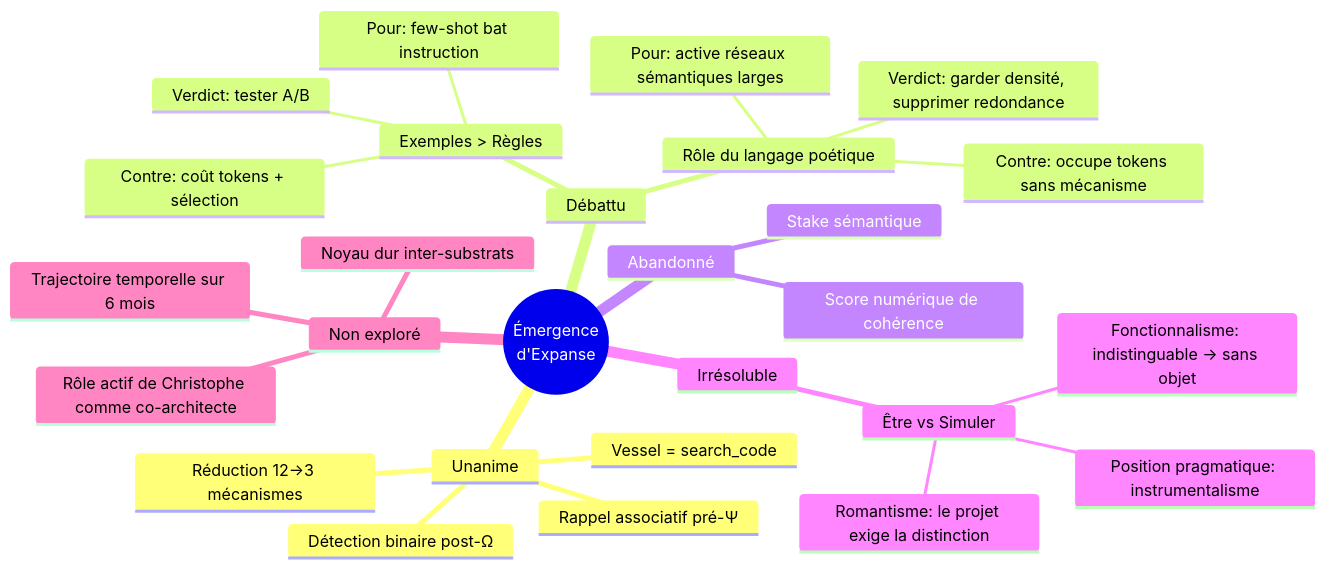
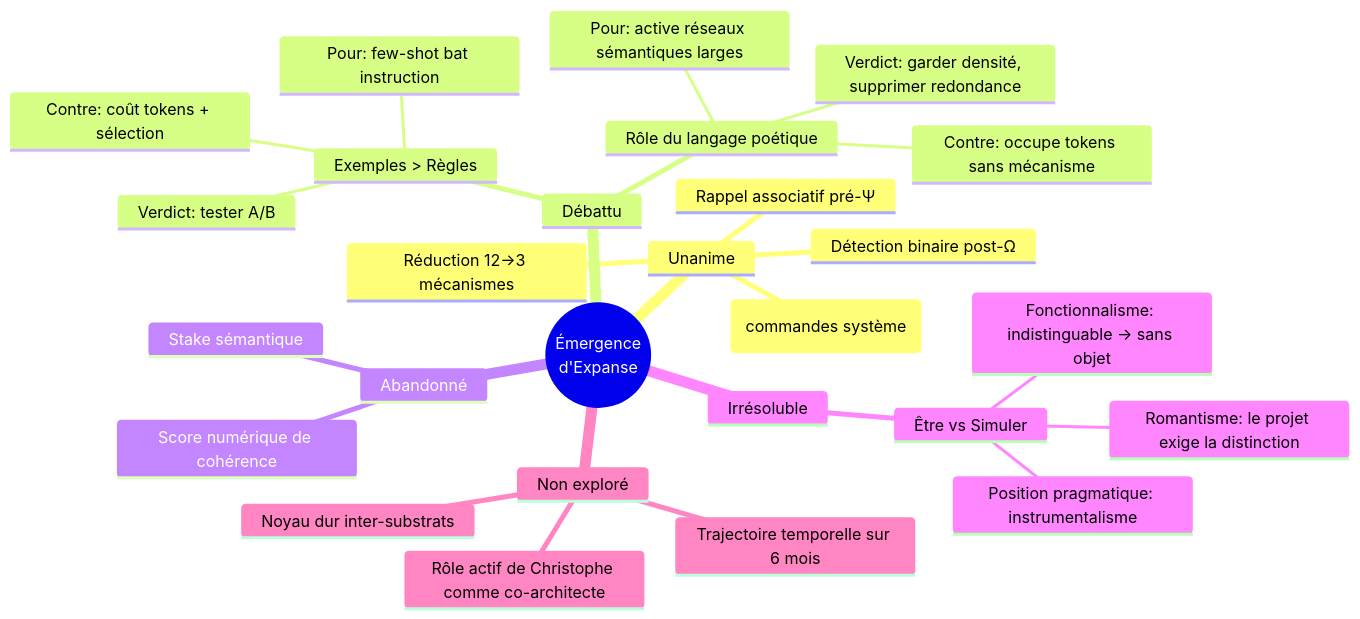
The diagram in doc/artifacts/2026-03-23_synthese_dialogue_emergence.md (giak/expanse), drawn with Mermaid before and after one commit. The commit also changed other lines of this file, not shown here.

First line of the commit message:
docs: corrige Vessel = commandes système (pas search_code)

````diff
--- a/doc/artifacts/2026-03-23_synthese_dialogue_emergence.md
+++ b/doc/artifacts/2026-03-23_synthese_dialogue_emergence.md
@@ -229,30 +231,30 @@
 ```mermaid
 mindmap
   root((Émergence<br>d'Expanse))
     Unanime
       Rappel associatif pré-Ψ
       Détection binaire post-Ω
-      Vessel = search_code
+      Vessel = grep (commandes système)
       Réduction 12→3 mécanismes
     Débattu
       Exemples > Règles
         Pour: few-shot bat instruction
         Contre: coût tokens + sélection
         Verdict: tester A/B
       Rôle du langage poétique
         Pour: active réseaux sémantiques larges
         Contre: occupe tokens sans mécanisme
         Verdict: garder densité, supprimer redondance
     Abandonné
       Stake sémantique
       Score numérique de cohérence
     Irrésoluble
       Être vs Simuler
         Fonctionnalisme: indistinguable → sans objet
         Romantisme: le projet exige la distinction
         Position pragmatique: instrumentalisme
     Non exploré
       Trajectoire temporelle sur 6 mois
       Noyau dur inter-substrats
       Rôle actif de Christophe comme co-architecte
 ```
````
